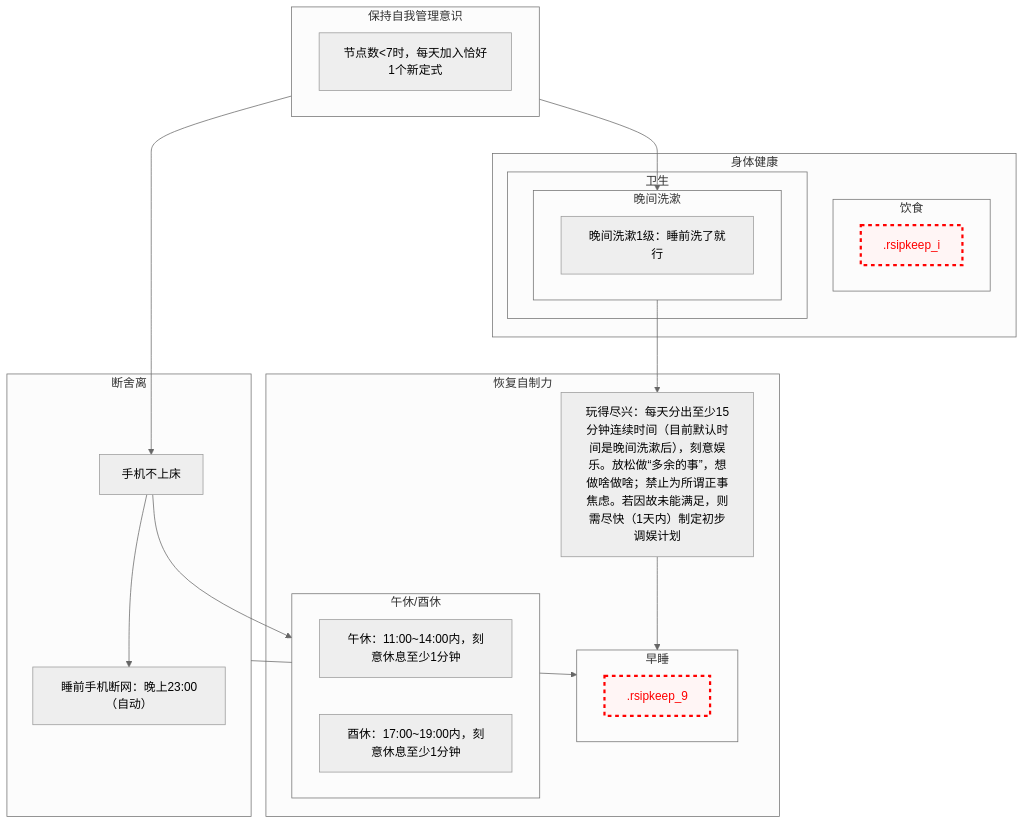
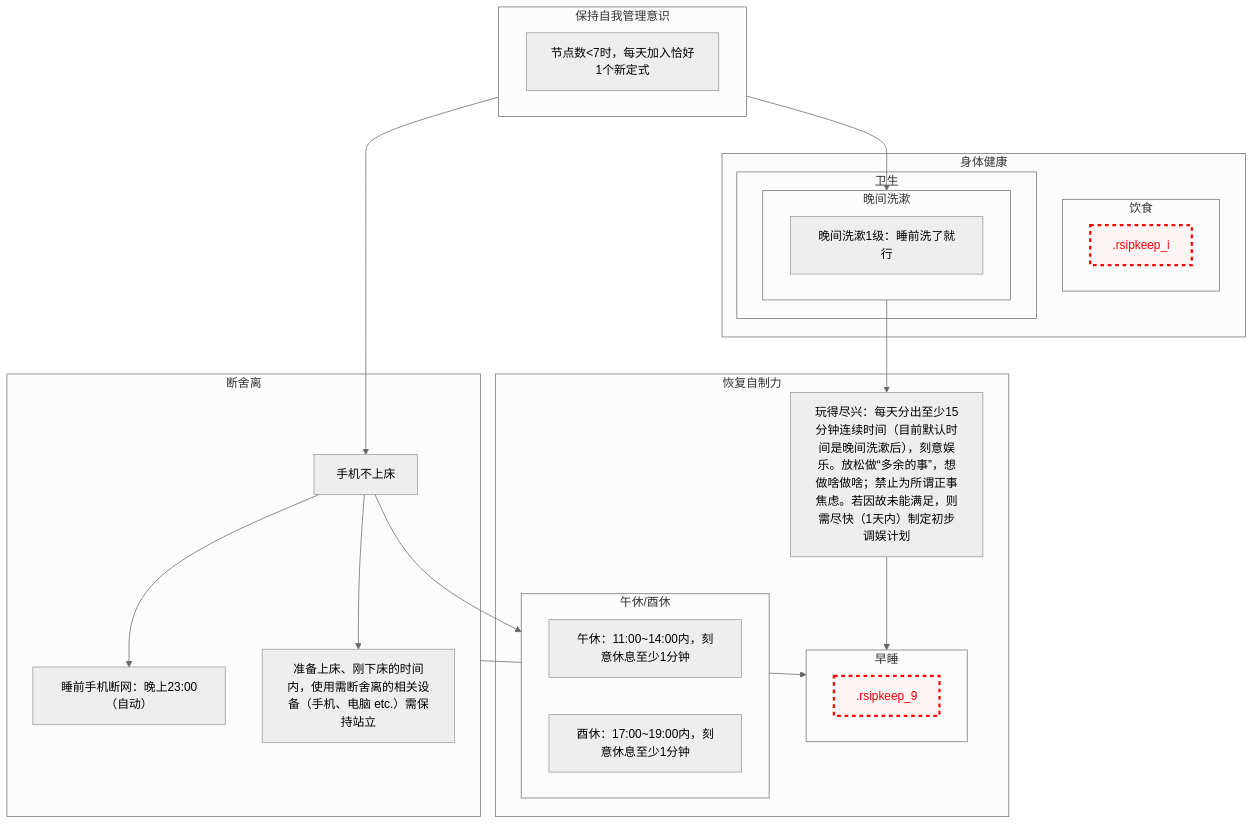
One commit to Ethkuil/RSIP-tree changed the diagram in README.md. Above: the diagram before and after it, drawn with Mermaid (neutral theme).

Commit message:
insert l[准备上床、刚下床的时间内，使用需断舍离的相关设备（手机、电脑 etc.）需保持站立]

````diff
--- a/README.md
+++ b/README.md
@@ -9,44 +9,45 @@
 ```mermaid
 graph TD
 
 classDef failed stroke:#ff0000, stroke-width:3px, color:#ff0000, fill:#fff5f5, stroke-dasharray: 5
 
 subgraph 5[保持自我管理意识]
   0[节点数<7时，每天加入恰好1个新定式]
 end
 5 --> 1
 5 --> 6
 
 subgraph d[断舍离]
   1[手机不上床]
   1 --> e[睡前手机断网：晚上23:00（自动）]
+  1 --> l[准备上床、刚下床的时间内，使用需断舍离的相关设备（手机、电脑 etc.）需保持站立]
 end
 
 subgraph g[身体健康]
   subgraph h[卫生]
     subgraph 6[晚间洗漱]
       b[晚间洗漱1级：睡前洗了就行]
     end
   end
   subgraph i[饮食]
     .rsipkeep_i
     class .rsipkeep_i failed
   end
 end
 
 1 --> 2
 d --> 9
 6 --> 8
 subgraph f[恢复自制力]
   subgraph 2[午休/酉休]
     j[午休：11:00~14:00内，刻意休息至少1分钟]
     k[酉休：17:00~19:00内，刻意休息至少1分钟]
   end
   8[玩得尽兴：每天分出至少15分钟连续时间（目前默认时间是晚间洗漱后），刻意娱乐。放松做“多余的事”，想做啥做啥；禁止为所谓正事焦虑。若因故未能满足，则需尽快（1天内）制定初步调娱计划]
   8 --> 9
   subgraph 9[早睡]
     .rsipkeep_9
     class .rsipkeep_9 failed
   end
 end
 ```
````
